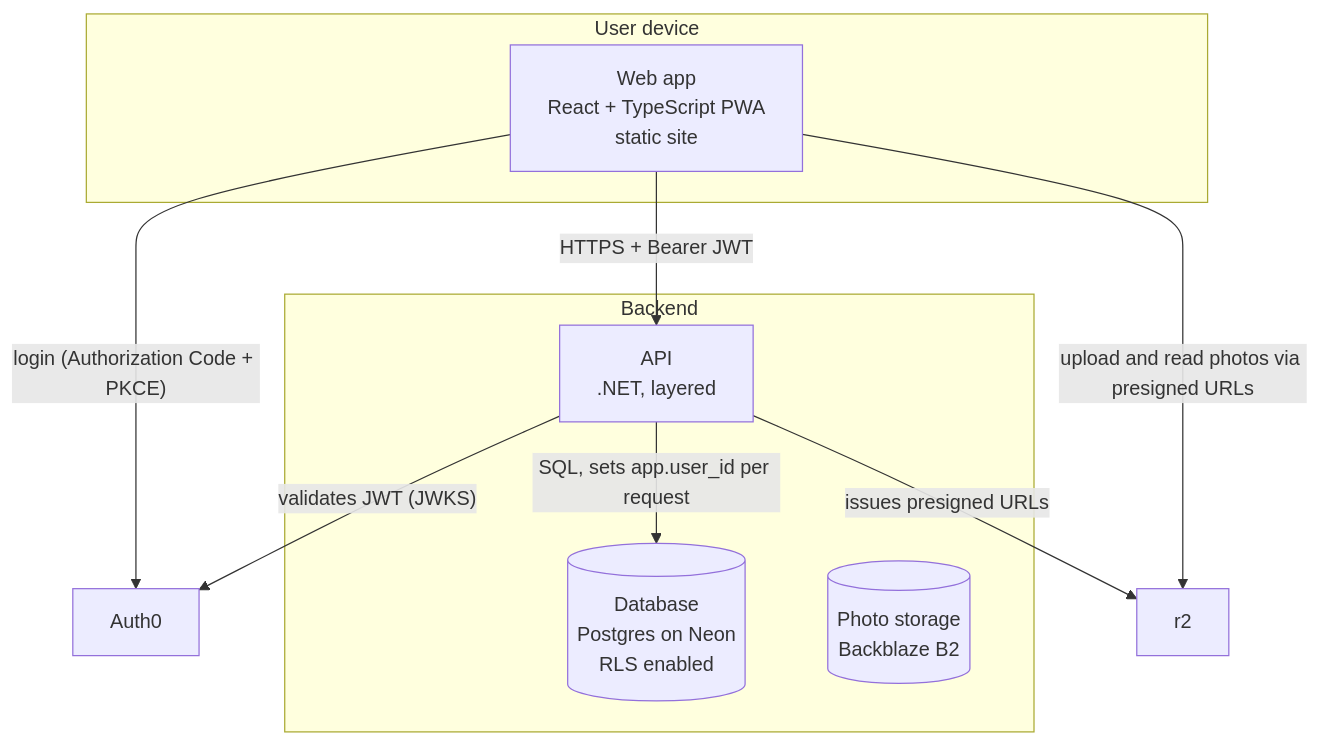
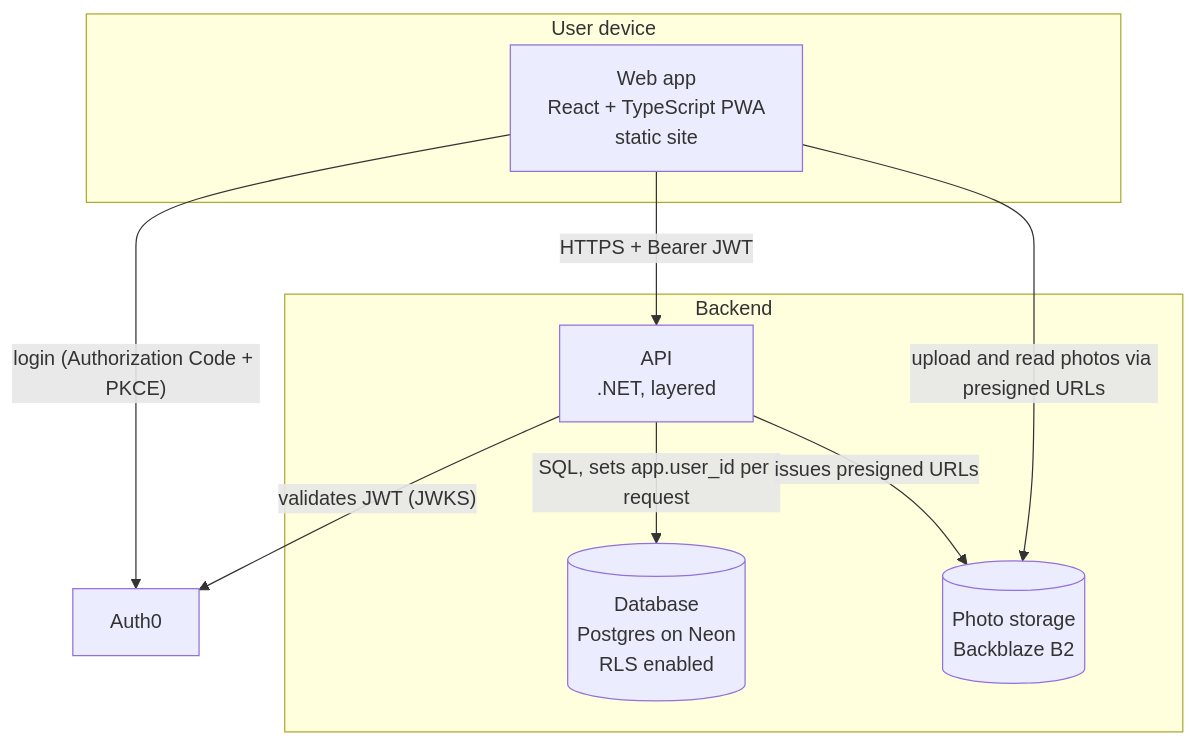
The second of 3 diagrams in docs/architecture/overview.md (NahuelFernandezGalli/Buckl), drawn with Mermaid before and after one commit. The commit also changed 9 other files, not shown here.

Commit message:
docs: fix the storage diagram and document the users lifecycle rule

````diff
--- a/docs/architecture/overview.md
+++ b/docs/architecture/overview.md
@@ -38,19 +38,19 @@
 ```mermaid
 flowchart TB
     subgraph client["User device"]
         web["Web app<br/>React + TypeScript PWA<br/>static site"]
     end
     subgraph backend["Backend"]
         api["API<br/>.NET, layered"]
         db[("Database<br/>Postgres on Neon<br/>RLS enabled")]
         b2[("Photo storage<br/>Backblaze B2")]
     end
     auth0["Auth0"]
 
     web -->|"login (Authorization Code + PKCE)"| auth0
     web -->|"HTTPS + Bearer JWT"| api
-    web -->|"upload and read photos via presigned URLs"| r2
+    web -->|"upload and read photos via presigned URLs"| b2
     api -->|"validates JWT (JWKS)"| auth0
     api -->|"SQL, sets app.user_id per request"| db
-    api -->|"issues presigned URLs"| r2
+    api -->|"issues presigned URLs"| b2
 ```
````
